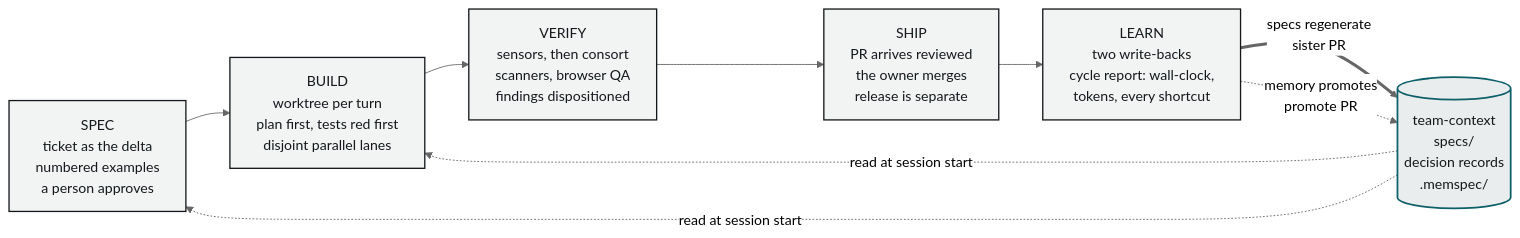
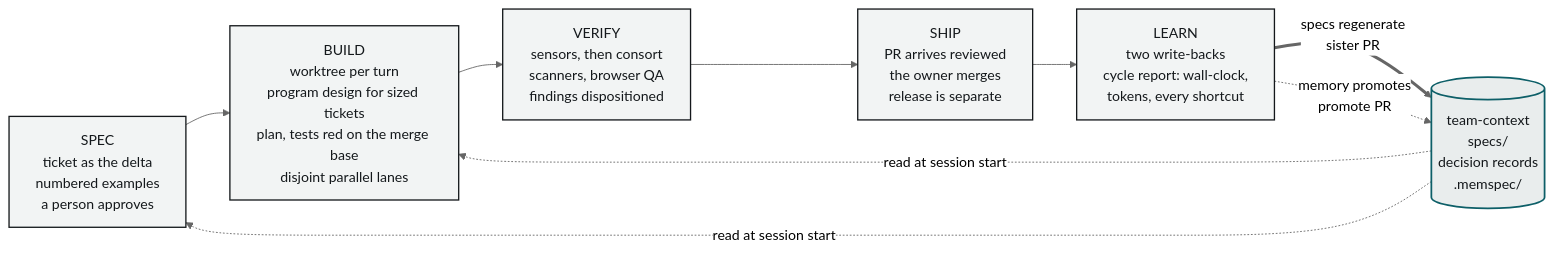
One commit to siimvene/software-factory changed the diagram in docs/02-loop.md. Above: the diagram before and after it, drawn with Mermaid (neutral theme). The commit also changed other lines of this file and 21 other files, not shown here.

First line of the commit message:
docs: 0.2.10, program design before the plan; red-first becomes a gate

````diff
--- a/docs/02-loop.md
+++ b/docs/02-loop.md
@@ -7,20 +7,20 @@
 ```mermaid
 flowchart LR
     SPEC["SPEC<br/>ticket as the delta<br/>numbered examples<br/>a person approves"]
-    BUILD["BUILD<br/>worktree per turn<br/>plan first, tests red first<br/>disjoint parallel lanes"]
+    BUILD["BUILD<br/>worktree per turn<br/>program design for sized tickets<br/>plan, tests red on the merge base<br/>disjoint parallel lanes"]
     VERIFY["VERIFY<br/>sensors, then consort<br/>scanners, browser QA<br/>findings dispositioned"]
     SHIP["SHIP<br/>PR arrives reviewed<br/>the owner merges<br/>release is separate"]
     LEARN["LEARN<br/>two write-backs<br/>cycle report: wall-clock,<br/>tokens, every shortcut"]
     HUB[("team-context<br/>specs/<br/>decision records<br/>.memspec/")]
 
     SPEC --> BUILD --> VERIFY --> SHIP --> LEARN
     LEARN == "specs regenerate<br/>sister PR" ==> HUB
     LEARN -. "memory promotes<br/>promote PR" .-> HUB
     HUB -. "read at session start" .-> SPEC
     HUB -. "read at session start" .-> BUILD
 
     classDef stage fill:#f2f4f4,stroke:#14181b,stroke-width:1.5px,color:#14181b;
     classDef hub fill:#e9eded,stroke:#0d5f68,stroke-width:2px,color:#14181b;
     class SPEC,BUILD,VERIFY,SHIP,LEARN stage;
     class HUB hub;
 ```
````
